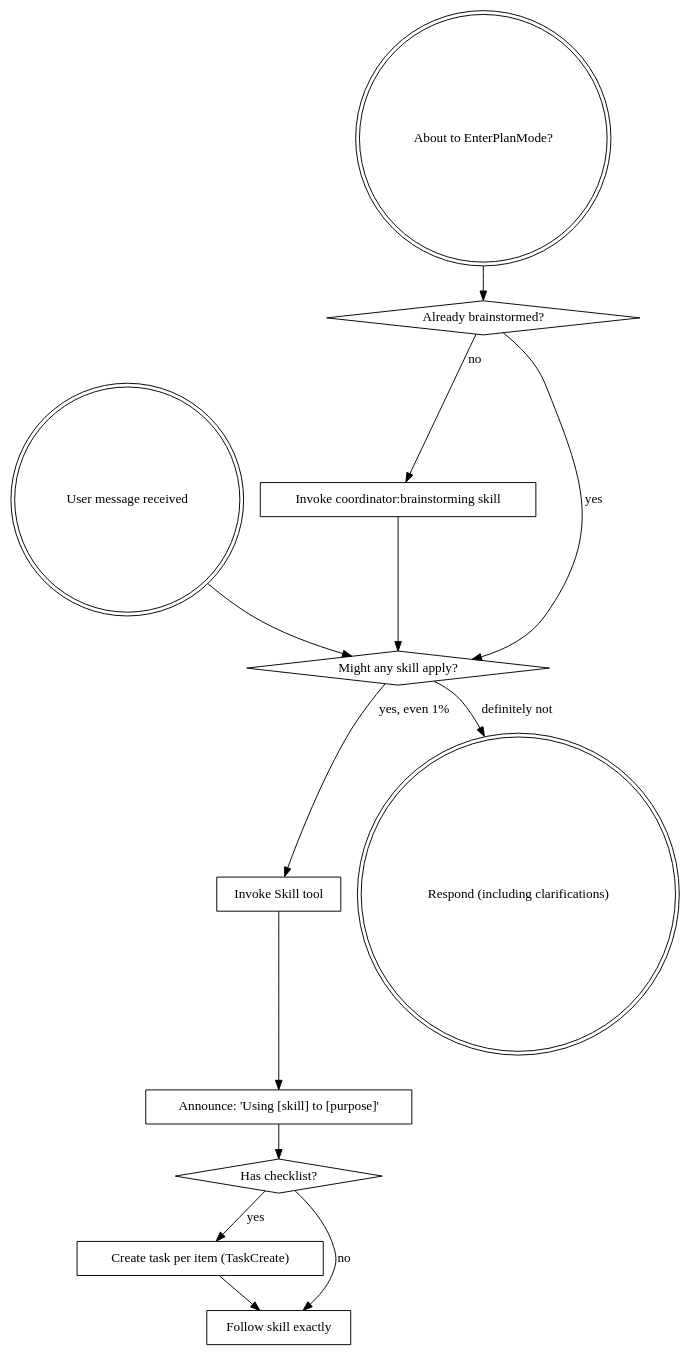
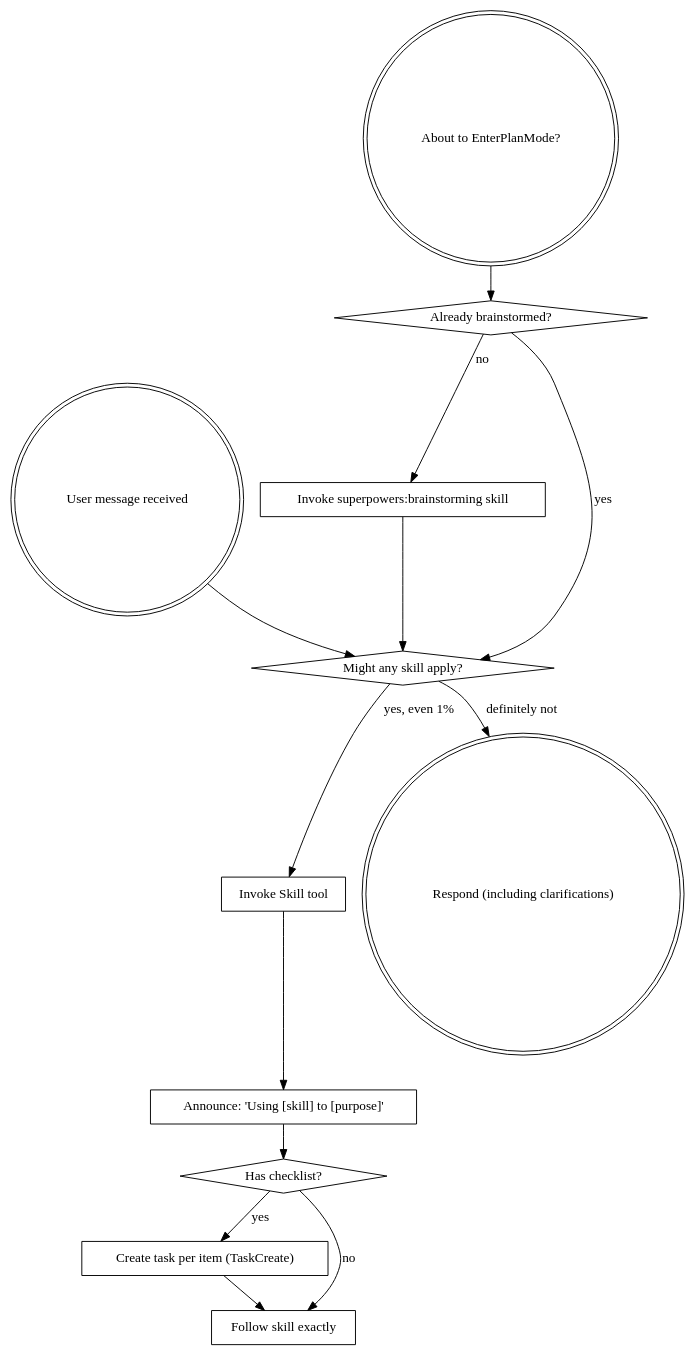
Before and after one commit to oduffy-delphi/coordinator-claude: the diagram in plugins/coordinator/skills/skill-discovery/SKILL.md, drawn with Graphviz. The commit also changed other lines of this file and 38 other files, not shown here.

````diff
--- a/plugins/coordinator/skills/skill-discovery/SKILL.md
+++ b/plugins/coordinator/skills/skill-discovery/SKILL.md
@@ -55,29 +56,29 @@
 ```dot
 digraph skill_flow {
     "User message received" [shape=doublecircle];
     "About to EnterPlanMode?" [shape=doublecircle];
     "Already brainstormed?" [shape=diamond];
-    "Invoke coordinator:brainstorming skill" [shape=box];
+    "Invoke superpowers:brainstorming skill" [shape=box];
     "Might any skill apply?" [shape=diamond];
     "Invoke Skill tool" [shape=box];
     "Announce: 'Using [skill] to [purpose]'" [shape=box];
     "Has checklist?" [shape=diamond];
     "Create task per item (TaskCreate)" [shape=box];
     "Follow skill exactly" [shape=box];
     "Respond (including clarifications)" [shape=doublecircle];
 
     "About to EnterPlanMode?" -> "Already brainstormed?";
-    "Already brainstormed?" -> "Invoke coordinator:brainstorming skill" [label="no"];
+    "Already brainstormed?" -> "Invoke superpowers:brainstorming skill" [label="no"];
     "Already brainstormed?" -> "Might any skill apply?" [label="yes"];
-    "Invoke coordinator:brainstorming skill" -> "Might any skill apply?";
+    "Invoke superpowers:brainstorming skill" -> "Might any skill apply?";
 
     "User message received" -> "Might any skill apply?";
     "Might any skill apply?" -> "Invoke Skill tool" [label="yes, even 1%"];
     "Might any skill apply?" -> "Respond (including clarifications)" [label="definitely not"];
     "Invoke Skill tool" -> "Announce: 'Using [skill] to [purpose]'";
     "Announce: 'Using [skill] to [purpose]'" -> "Has checklist?";
     "Has checklist?" -> "Create task per item (TaskCreate)" [label="yes"];
     "Has checklist?" -> "Follow skill exactly" [label="no"];
     "Create task per item (TaskCreate)" -> "Follow skill exactly";
 }
 ```
````
